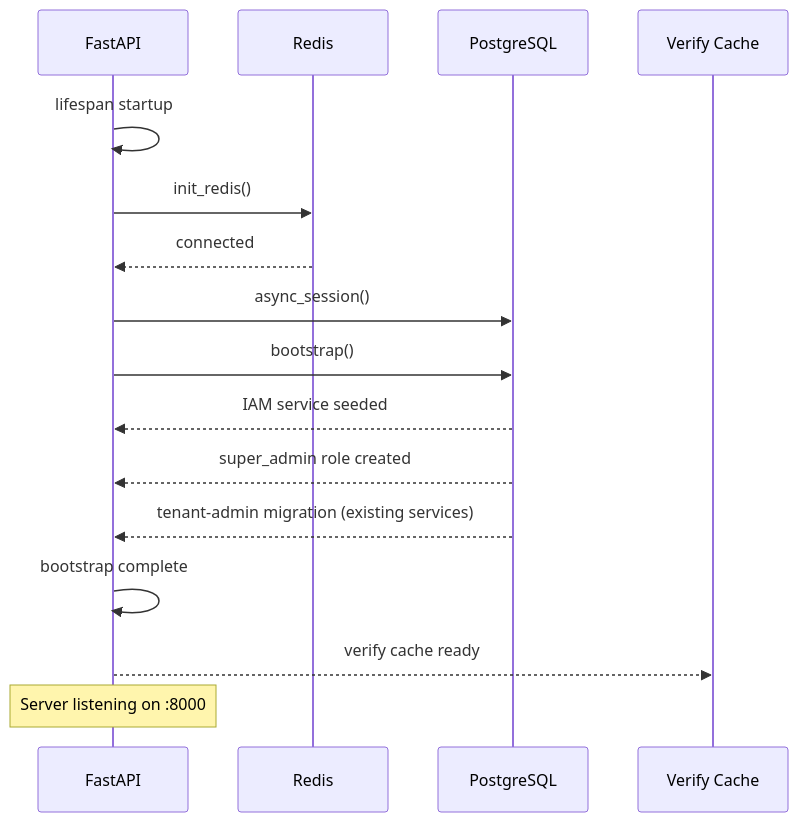
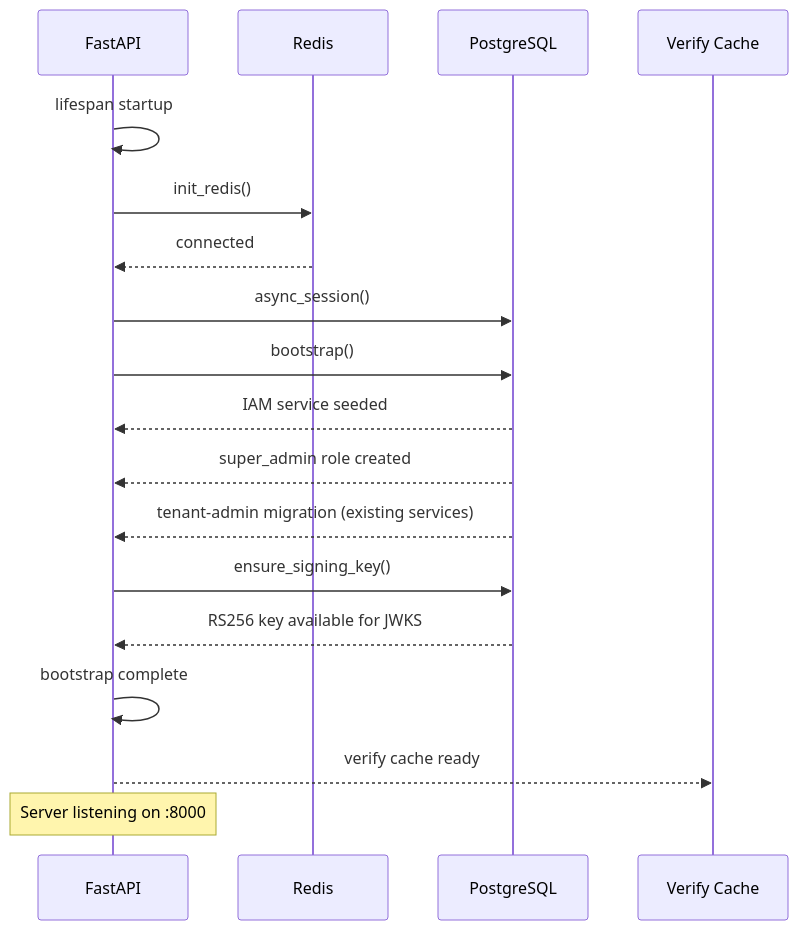
The fifth of 5 diagrams in README.md (amLiux/HortusClavis), drawn with Mermaid before and after one commit. The commit also changed other lines of this file and 21 other files, not shown here.

````diff
--- a/README.md
+++ b/README.md
@@ -166,19 +166,21 @@
 ```mermaid
 sequenceDiagram
     participant App as FastAPI
     participant Redis
     participant DB as PostgreSQL
     participant Cache as Verify Cache
 
     App->>App: lifespan startup
     App->>Redis: init_redis()
     Redis-->>App: connected
     App->>DB: async_session()
     App->>DB: bootstrap()
     DB-->>App: IAM service seeded
     DB-->>App: super_admin role created
     DB-->>App: tenant-admin migration (existing services)
+    App->>DB: ensure_signing_key()
+    DB-->>App: RS256 key available for JWKS
     App->>App: bootstrap complete
     App-->>Cache: verify cache ready
     Note over App: Server listening on :8000
 ```
````
